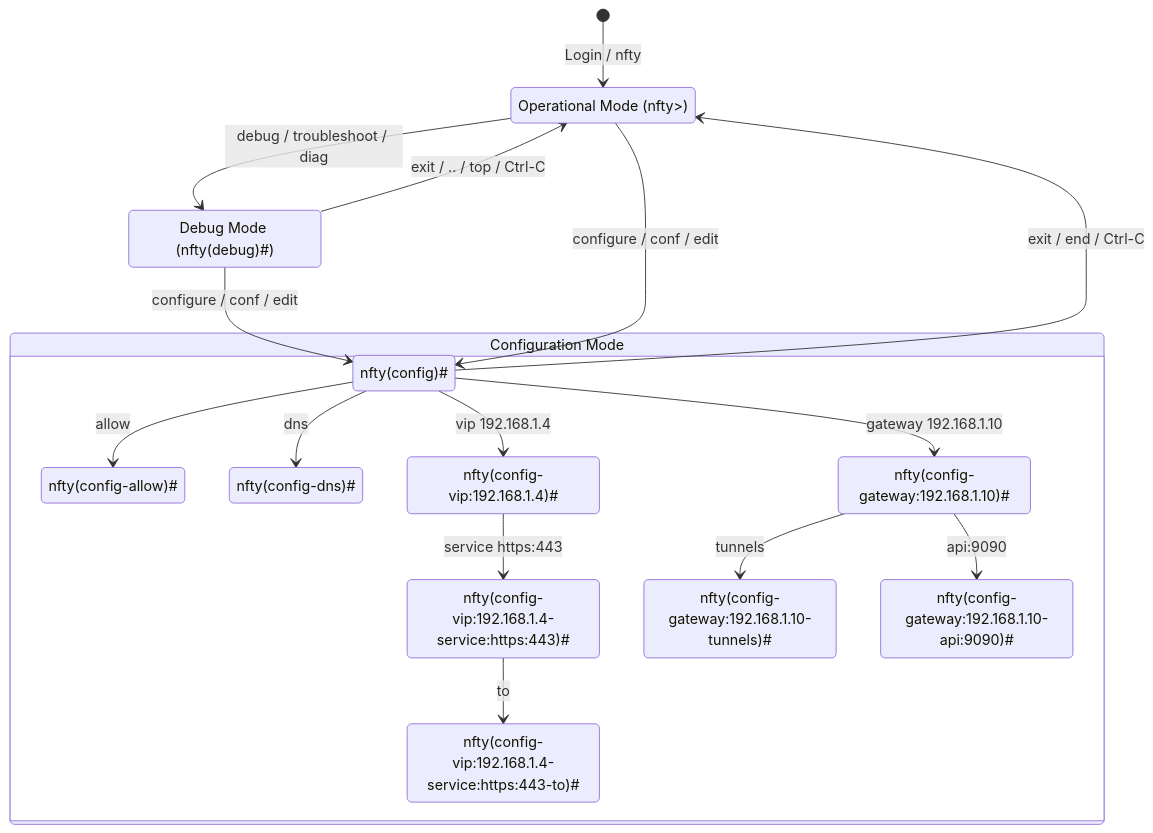
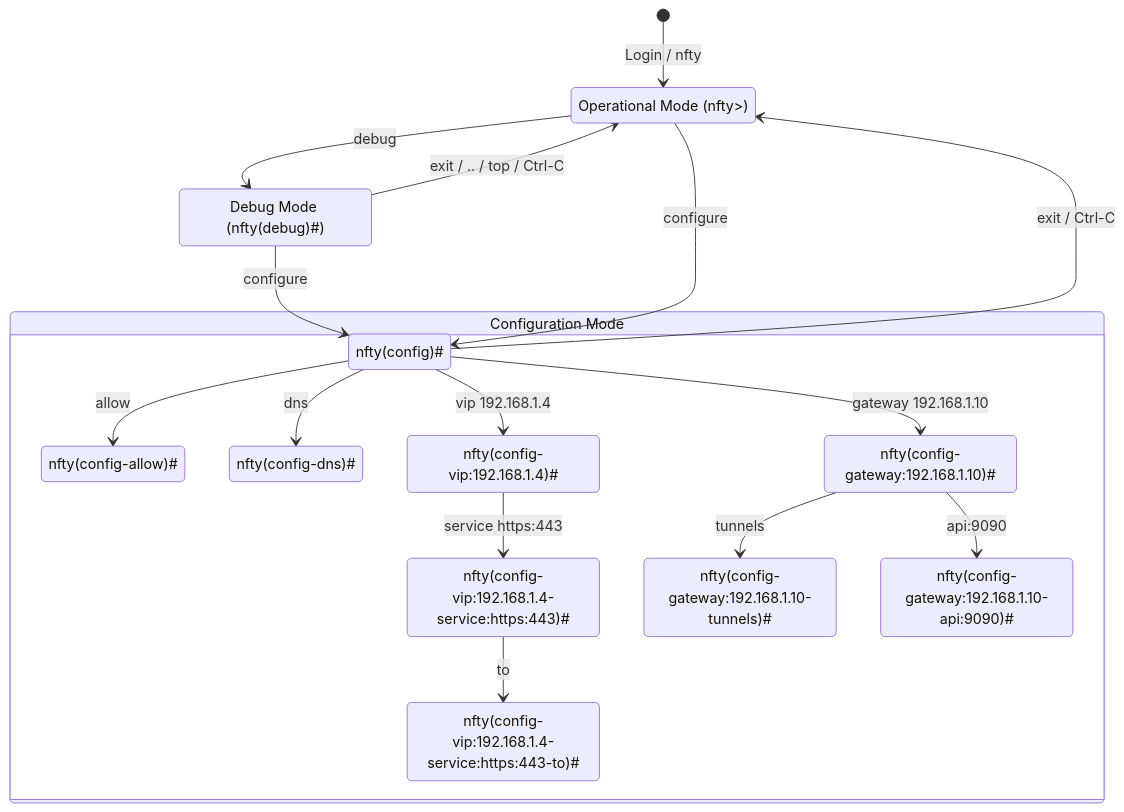
The first of 2 diagrams in docs/interactive-cli-and-tui.md (grsmith-projects/nfty), drawn with Mermaid before and after one commit. The commit also changed other lines of this file and 32 other files, not shown here.

````diff
--- a/docs/interactive-cli-and-tui.md
+++ b/docs/interactive-cli-and-tui.md
@@ -58,32 +56,32 @@
 ```mermaid
 stateDiagram-v2
     [*] --> Operational: Login / nfty
-    Operational --> DebugMode: debug / troubleshoot / diag
+    Operational --> DebugMode: debug
     DebugMode --> Operational: exit / .. / top / Ctrl-C
-    DebugMode --> ConfigRoot: configure / conf / edit
-    Operational --> ConfigRoot: configure / conf / edit
-    ConfigRoot --> Operational: exit / end / Ctrl-C
+    DebugMode --> ConfigRoot: configure
+    Operational --> ConfigRoot: configure
+    ConfigRoot --> Operational: exit / Ctrl-C
     
     state "Operational Mode (nfty>)" as Operational
     state "Debug Mode (nfty(debug)#)" as DebugMode
     state "Configuration Mode" as ConfigMode {
         ConfigRoot: nfty(config)#
         AllowCtx: nfty(config-allow)#
         DnsCtx: nfty(config-dns)#
         VipCtx: nfty(config-vip:192.168.1.4)#
         VipSvcCtx: nfty(config-vip:192.168.1.4-service:https:443)#
         VipSvcToCtx: nfty(config-vip:192.168.1.4-service:https:443-to)#
         GwCtx: nfty(config-gateway:192.168.1.10)#
         GwTunCtx: nfty(config-gateway:192.168.1.10-tunnels)#
         GwApiCtx: nfty(config-gateway:192.168.1.10-api:9090)#
 
         ConfigRoot --> AllowCtx: allow
         ConfigRoot --> DnsCtx: dns
         ConfigRoot --> VipCtx: vip 192.168.1.4
         VipCtx --> VipSvcCtx: service https:443
         VipSvcCtx --> VipSvcToCtx: to
         ConfigRoot --> GwCtx: gateway 192.168.1.10
         GwCtx --> GwTunCtx: tunnels
         GwCtx --> GwApiCtx: api:9090
     }
 ```
````
